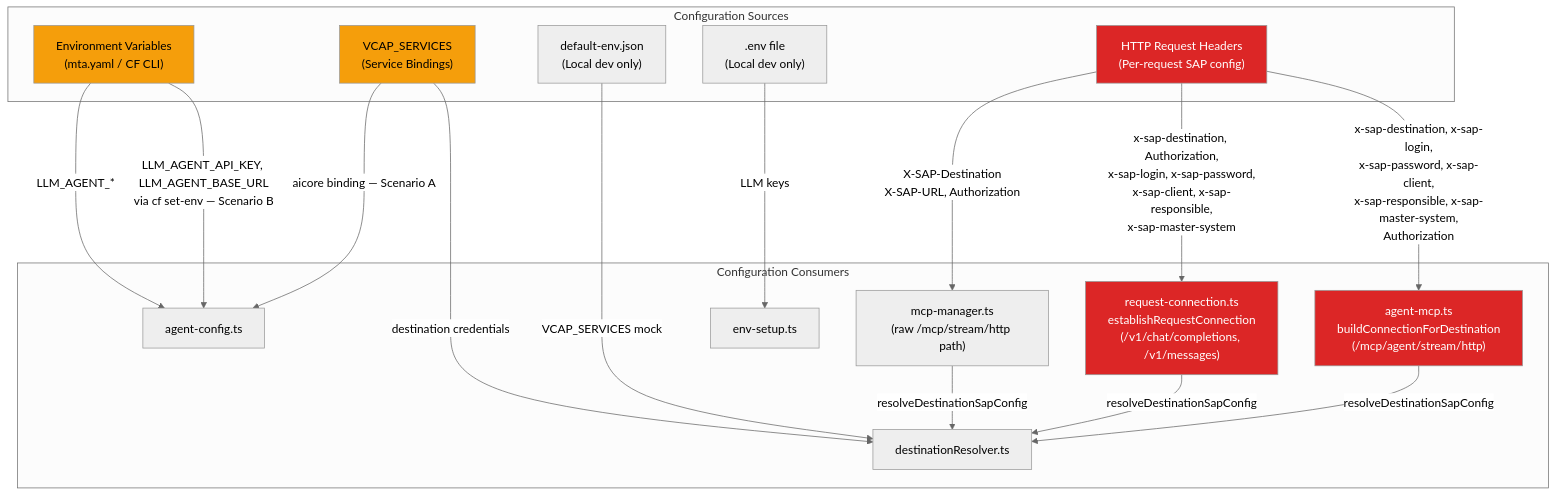
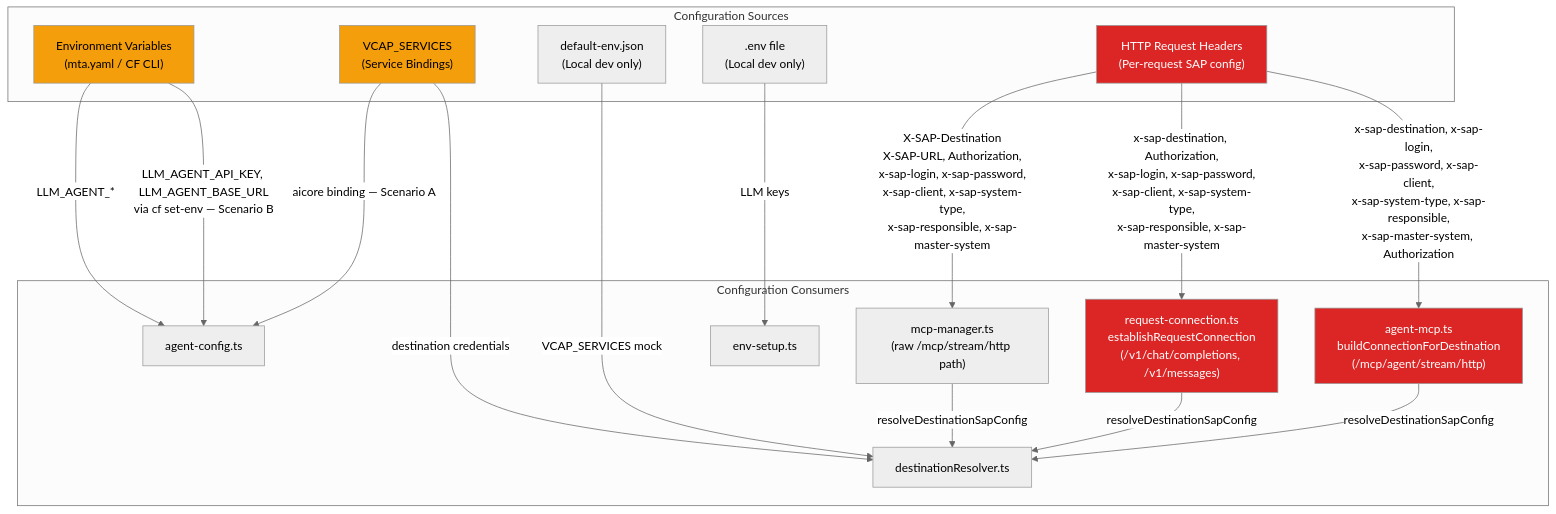
Diagram 19 of 24 in docs/architecture/ARCHITECTURE.md (fr0ster/cloud-llm-hub), drawn with Mermaid (neutral theme) before and after one commit. The commit also changed other lines of this file and 48 other files, not shown here.

First line of the commit message:
feat!: @mcp-abap-adt/lib 16 / connection 10 — declared system type, responsible, session teardown (#5)

````diff
--- a/docs/architecture/ARCHITECTURE.md
+++ b/docs/architecture/ARCHITECTURE.md
@@ -1055,38 +1062,38 @@
 ```mermaid
 graph TB
     subgraph "Configuration Sources"
         ENV["Environment Variables<br/>(mta.yaml / CF CLI)"]
         VCAP["VCAP_SERVICES<br/>(Service Bindings)"]
         DEF_ENV["default-env.json<br/>(Local dev only)"]
         DOT_ENV[".env file<br/>(Local dev only)"]
         HEADERS["HTTP Request Headers<br/>(Per-request SAP config)"]
     end
 
     subgraph "Configuration Consumers"
         AC2["agent-config.ts"]
         ES["env-setup.ts"]
         DR2["destinationResolver.ts"]
         MM2["mcp-manager.ts<br/>(raw /mcp/stream/http path)"]
         RC["request-connection.ts<br/>establishRequestConnection<br/>(/v1/chat/completions, /v1/messages)"]
         AM["agent-mcp.ts<br/>buildConnectionForDestination<br/>(/mcp/agent/stream/http)"]
     end
 
     ENV -->|LLM_AGENT_*| AC2
     VCAP -->|aicore binding — Scenario A| AC2
     ENV -->|LLM_AGENT_API_KEY, LLM_AGENT_BASE_URL<br/>via cf set-env — Scenario B| AC2
     VCAP -->|destination credentials| DR2
     DEF_ENV -->|VCAP_SERVICES mock| DR2
     DOT_ENV -->|LLM keys| ES
-    HEADERS -->|X-SAP-Destination<br/>X-SAP-URL, Authorization| MM2
-    HEADERS -->|x-sap-destination, Authorization,<br/>x-sap-login, x-sap-password,<br/>x-sap-client, x-sap-responsible,<br/>x-sap-master-system| RC
-    HEADERS -->|x-sap-destination, x-sap-login,<br/>x-sap-password, x-sap-client,<br/>x-sap-responsible, x-sap-master-system,<br/>Authorization| AM
+    HEADERS -->|X-SAP-Destination<br/>X-SAP-URL, Authorization,<br/>x-sap-login, x-sap-password,<br/>x-sap-client, x-sap-system-type,<br/>x-sap-responsible, x-sap-master-system| MM2
+    HEADERS -->|x-sap-destination, Authorization,<br/>x-sap-login, x-sap-password,<br/>x-sap-client, x-sap-system-type,<br/>x-sap-responsible, x-sap-master-system| RC
+    HEADERS -->|x-sap-destination, x-sap-login,<br/>x-sap-password, x-sap-client,<br/>x-sap-system-type, x-sap-responsible,<br/>x-sap-master-system, Authorization| AM
     RC -->|resolveDestinationSapConfig| DR2
     MM2 -->|resolveDestinationSapConfig| DR2
     AM -->|resolveDestinationSapConfig| DR2
 
     style HEADERS fill:#dc2626,color:#fff
     style RC fill:#dc2626,color:#fff
     style AM fill:#dc2626,color:#fff
     style ENV fill:#f59e0b,color:#000
     style VCAP fill:#f59e0b,color:#000
 ```
````
